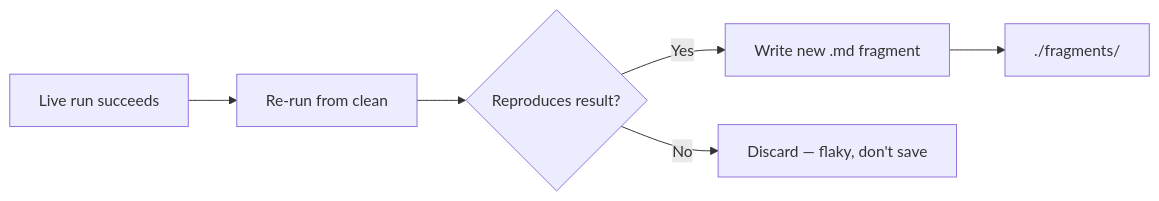
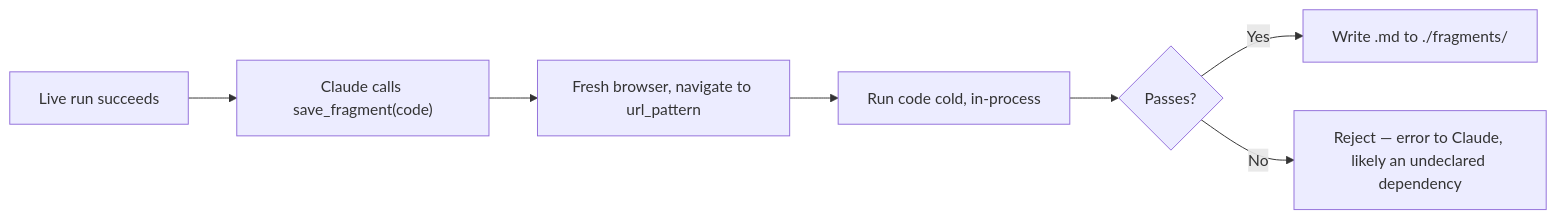
The second of 3 diagrams in docs/contribute.md (iteam1/open-test), drawn with Mermaid before and after one commit. The commit also changed other lines of this file and 3 other files, not shown here.

Commit message:
docs: flesh out design.md, rehost fragments as in-process SDK tools

````diff
--- a/docs/contribute.md
+++ b/docs/contribute.md
@@ -98,8 +113,9 @@
 ```mermaid
 flowchart LR
-    A[Live run succeeds] --> B[Re-run from clean]
-    B --> C{Reproduces result?}
-    C -->|Yes| D[Write new .md fragment]
-    D --> E[./fragments/]
-    C -->|No| F[Discard — flaky, don't save]
+    A[Live run succeeds] --> B["Claude calls save_fragment(code)"]
+    B --> C["Fresh browser, navigate to url_pattern"]
+    C --> D["Run code cold, in-process"]
+    D --> E{Passes?}
+    E -->|Yes| F[Write .md to ./fragments/]
+    E -->|No| G[Reject — error to Claude, likely an undeclared dependency]
 ```
````
